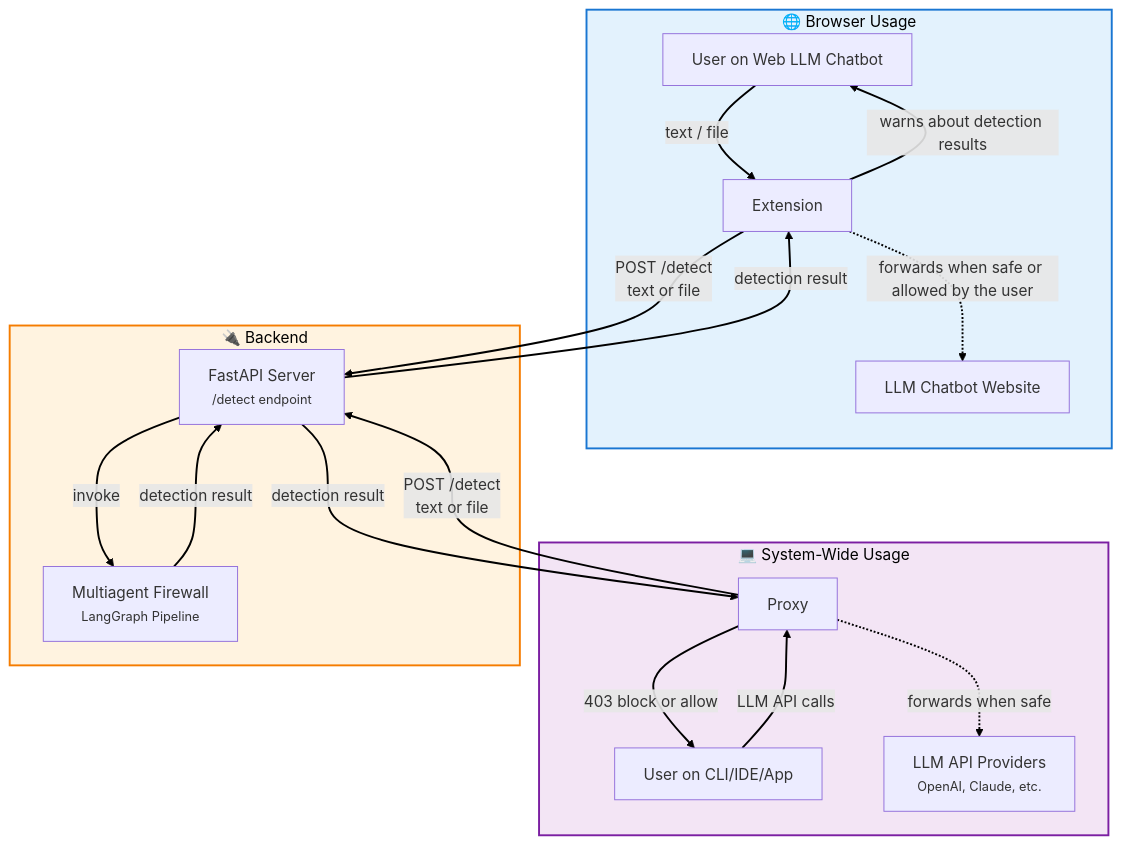
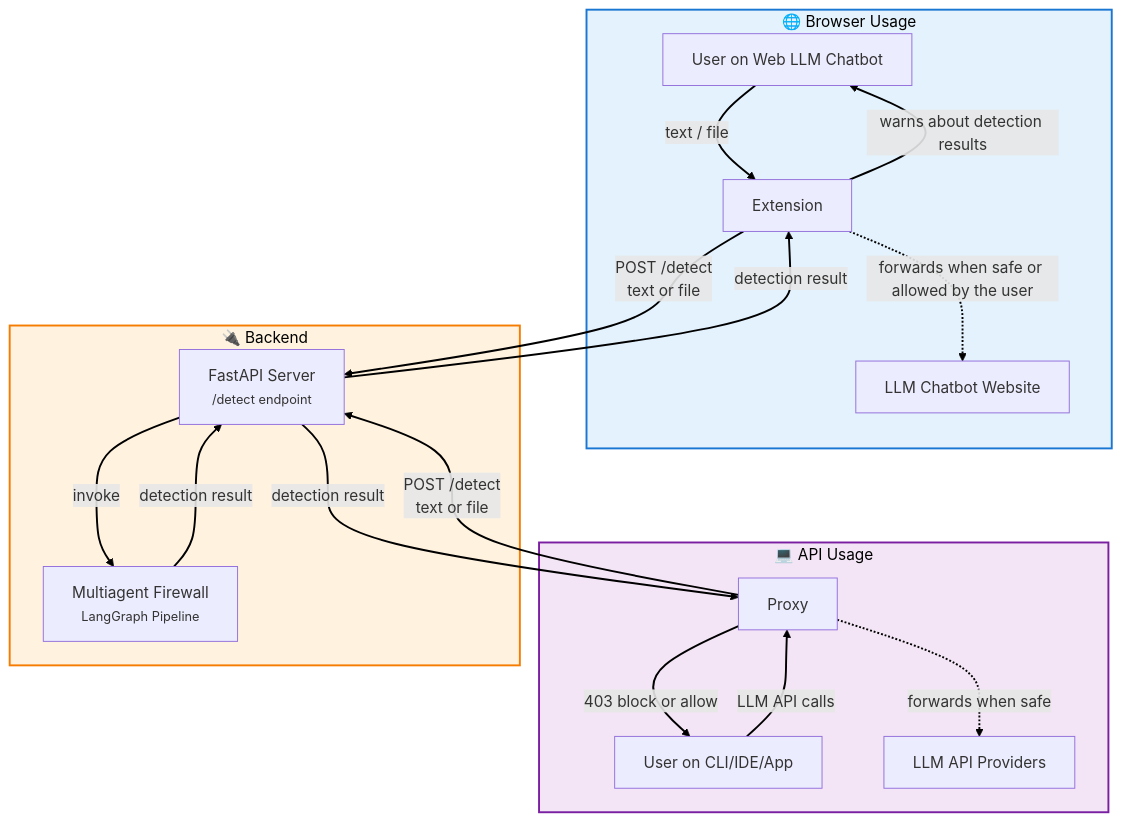
Before and after one commit to xHugo21/sensitive-data-detector: the diagram in README.md, drawn with Mermaid. The commit also changed other lines of this file, not shown here.

````diff
--- a/README.md
+++ b/README.md
@@ -21,37 +21,37 @@
 ```mermaid
 flowchart TB
     subgraph Browser["🌐 Browser Usage"]
         USER1[User on Web LLM Chatbot]
         EXT[Extension]
-        CHATGPT[LLM Chatbot Website]
+        LLMCHATBOT[LLM Chatbot Website]
         
         USER1 -->|text / file| EXT
         EXT -->|warns about detection results| USER1
-        EXT -.->|forwards when safe or allowed by the user| CHATGPT
+        EXT -.->|forwards when safe or allowed by the user| LLMCHATBOT
     end
-    subgraph SystemWide["💻 System-Wide Usage"]
+    subgraph SystemWide["💻 API Usage"]
         USER2[User on CLI/IDE/App]
         PROXY[Proxy]
-        LLMAPI[LLM API Providers<br/><small>OpenAI, Claude, etc.</small>]
+        LLMAPI[LLM API Providers]
         
         USER2 -->|LLM API calls| PROXY
         PROXY -->|403 block or allow| USER2
         PROXY -.->|forwards when safe| LLMAPI
     end
     subgraph Backend["🔌 Backend"]
         API[FastAPI Server<br/><small>/detect endpoint</small>]
         FIREWALL[Multiagent Firewall<br/><small>LangGraph Pipeline</small>]
         API -->|invoke | FIREWALL
         FIREWALL -->|detection result| API
     end
     EXT -->|POST /detect<br/>text or file| API
     PROXY -->|POST /detect<br/>text or file| API
     
     API -->|detection result| EXT
     API -->|detection result| PROXY
     style Browser fill:#e3f2fd,stroke:#1976d2,stroke-width:2px,color:#000
     style SystemWide fill:#f3e5f5,stroke:#7b1fa2,stroke-width:2px,color:#000
     style Backend fill:#fff3e0,stroke:#f57c00,stroke-width:2px,color:#000
 
     linkStyle default stroke:#000,stroke-width:2px
 ```
````
